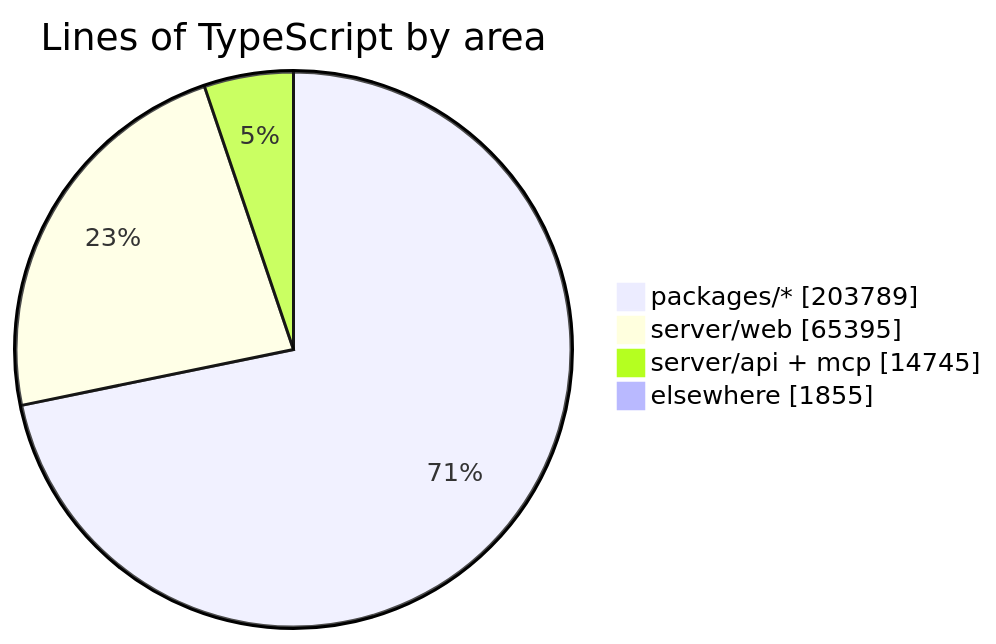
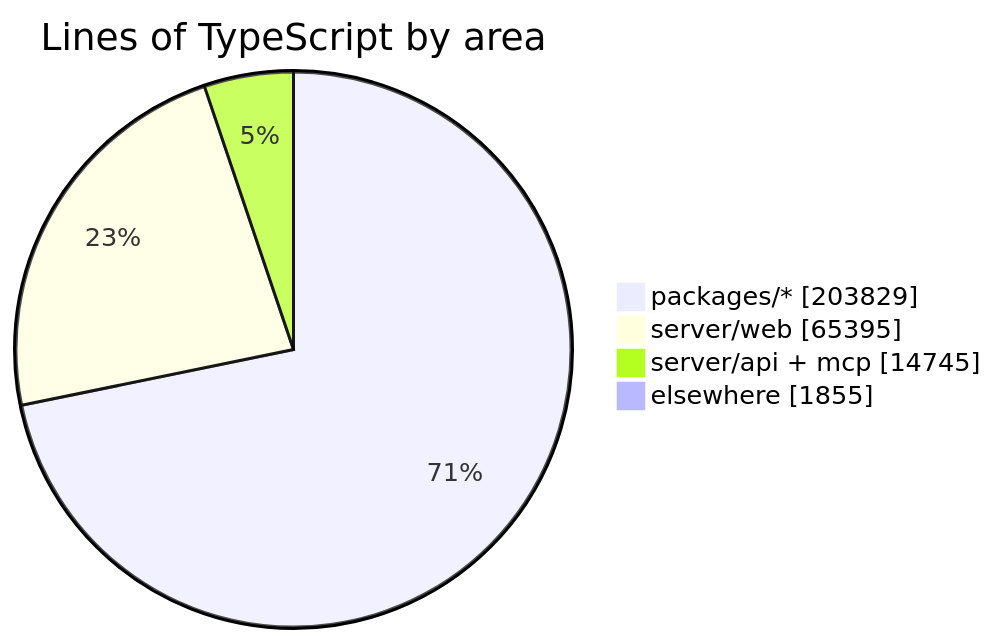
The diagram in README.md (crossworks-engineering/mantle), drawn with Mermaid before and after one commit. The commit also changed other lines of this file and 2 other files, not shown here.

````diff
--- a/README.md
+++ b/README.md
@@ -287,7 +287,7 @@
 ```mermaid
 pie showData title Lines of TypeScript by area
-    "packages/*" : 203789
+    "packages/*" : 203829
     "server/web" : 65395
     "server/api + mcp" : 14745
     "elsewhere" : 1855
 ```
````
